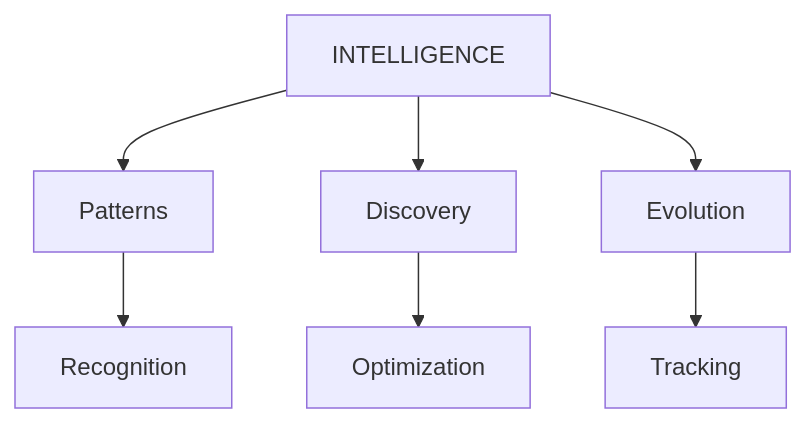
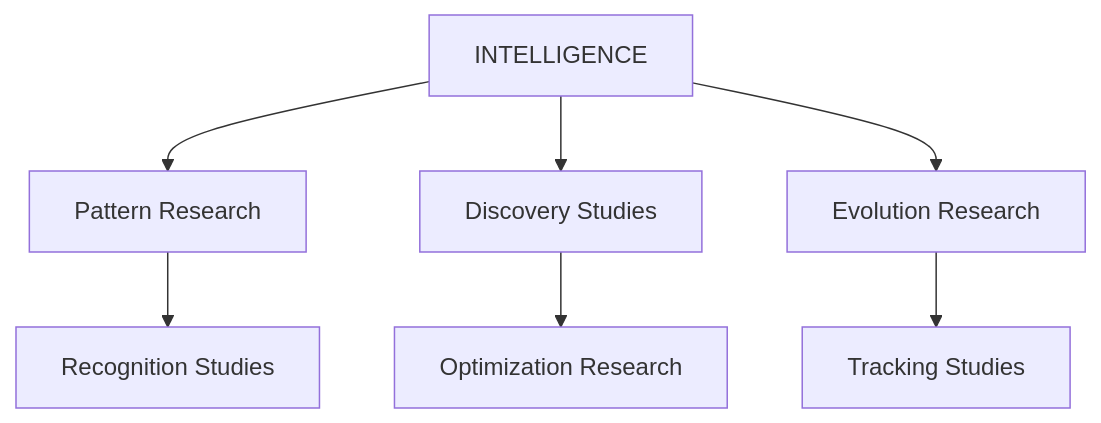
The third of 3 diagrams in Three-Graph-Lattice.md (skenai/WILL), drawn with Mermaid before and after one commit. The commit also changed other lines of this file and 81 other files, not shown here.

````diff
--- a/Three-Graph-Lattice.md
+++ b/Three-Graph-Lattice.md
@@ -65,9 +74,9 @@
 ```mermaid
 graph TD
-    I[INTELLIGENCE] --> P[Patterns]
-    I --> D[Discovery]
-    I --> E[Evolution]
-    P --> R[Recognition]
-    D --> O[Optimization]
-    E --> T[Tracking]
+    I[INTELLIGENCE] --> P[Pattern Research]
+    I --> D[Discovery Studies]
+    I --> E[Evolution Research]
+    P --> R[Recognition Studies]
+    D --> O[Optimization Research]
+    E --> T[Tracking Studies]
 ```
````
